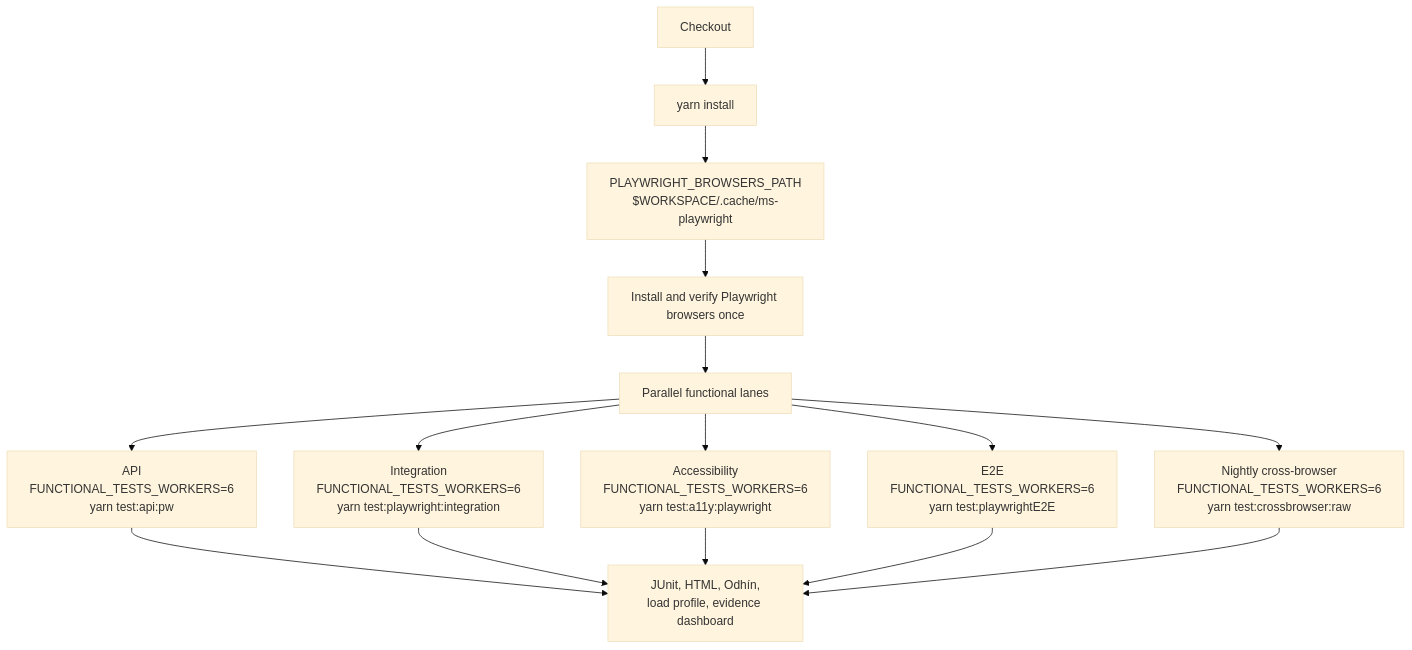
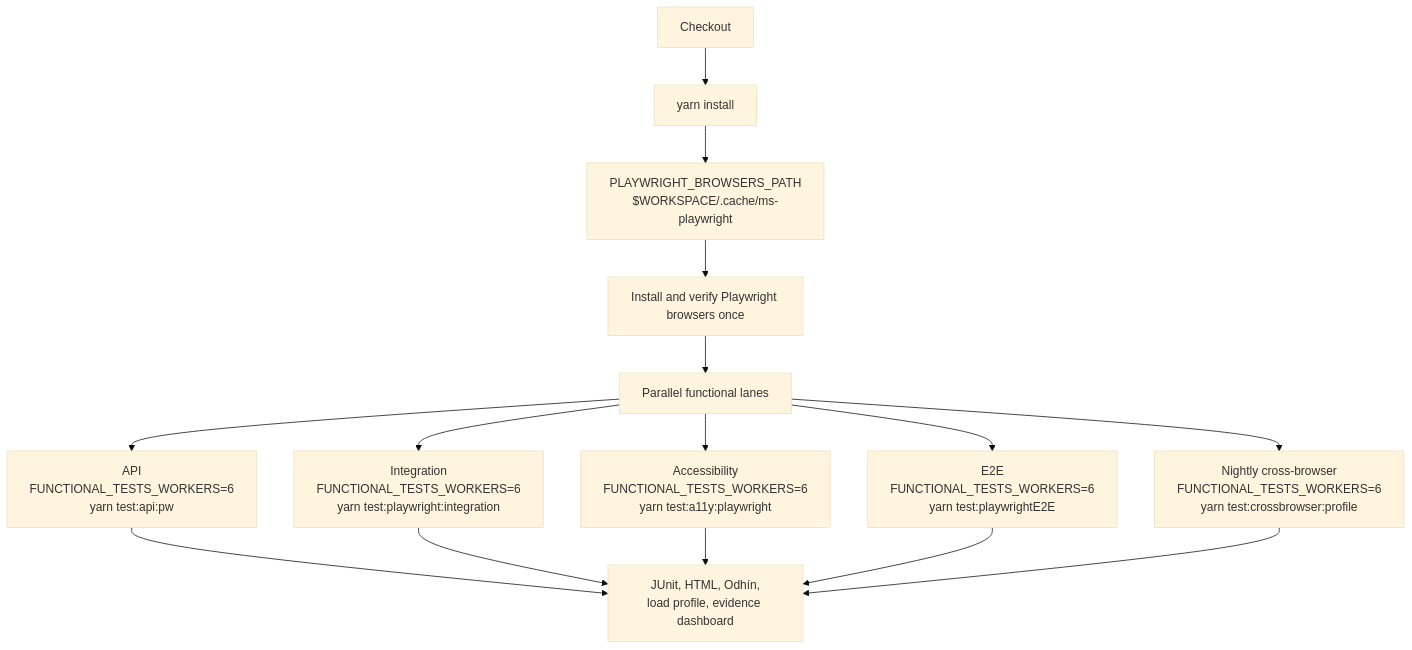
Before and after one commit to hmcts/rpx-xui-manage-organisations: the eighth of 8 diagrams in README.md, drawn with Mermaid (base theme). The commit also changed other lines of this file and 4 other files, not shown here.

````diff
--- a/README.md
+++ b/README.md
@@ -328,29 +333,29 @@
 ```mermaid
 flowchart TB
   Checkout["Checkout"]
   Yarn["yarn install"]
   Cache["PLAYWRIGHT_BROWSERS_PATH\n$WORKSPACE/.cache/ms-playwright"]
   Install["Install and verify Playwright browsers once"]
   Parallel["Parallel functional lanes"]
   Api["API\nFUNCTIONAL_TESTS_WORKERS=6\nyarn test:api:pw"]
   Integration["Integration\nFUNCTIONAL_TESTS_WORKERS=6\nyarn test:playwright:integration"]
   A11y["Accessibility\nFUNCTIONAL_TESTS_WORKERS=6\nyarn test:a11y:playwright"]
   E2E["E2E\nFUNCTIONAL_TESTS_WORKERS=6\nyarn test:playwrightE2E"]
-  Cross["Nightly cross-browser\nFUNCTIONAL_TESTS_WORKERS=6\nyarn test:crossbrowser:raw"]
+  Cross["Nightly cross-browser\nFUNCTIONAL_TESTS_WORKERS=6\nyarn test:crossbrowser:profile"]
   Evidence["JUnit, HTML, Odhín,\nload profile, evidence dashboard"]
 
   Checkout --> Yarn
   Yarn --> Cache
   Cache --> Install
   Install --> Parallel
   Parallel --> Api
   Parallel --> Integration
   Parallel --> A11y
   Parallel --> E2E
   Parallel --> Cross
   Api --> Evidence
   Integration --> Evidence
   A11y --> Evidence
   E2E --> Evidence
   Cross --> Evidence
 ```
````
